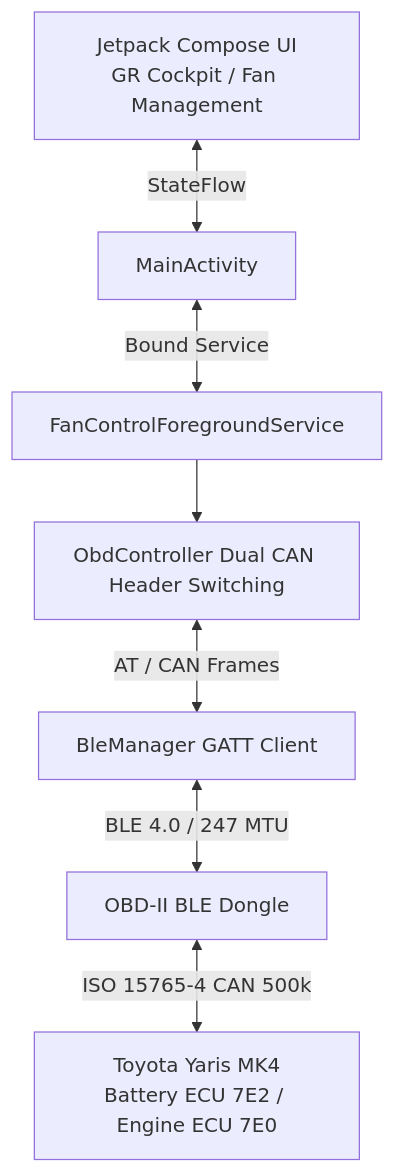
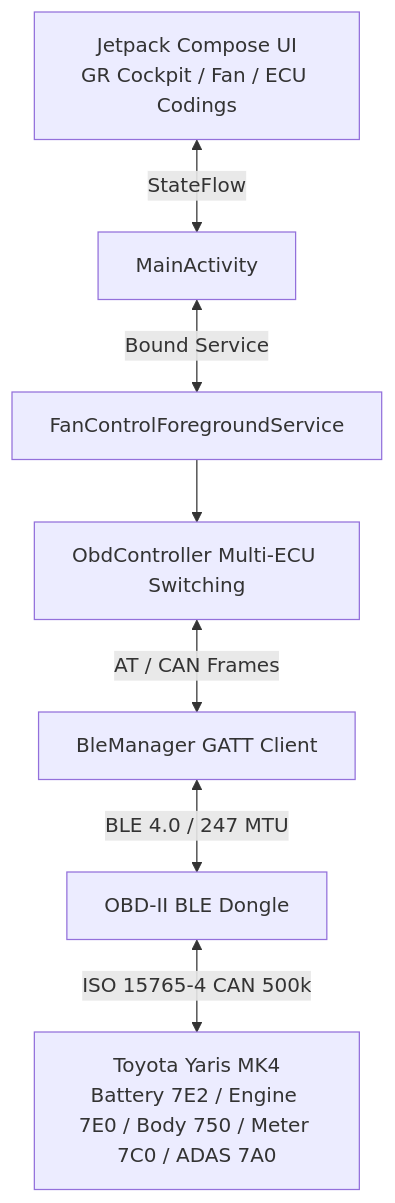
Before and after one commit to FrancescoCastaldi/yaris-hv-fan-optimizer: the diagram in README.md, drawn with Mermaid. The commit also changed other lines of this file, not shown here.

Commit message:
docs: update README.md with v2.3.1 full release notes, 3-tab architecture and ECU coding suite

````diff
--- a/README.md
+++ b/README.md
@@ -57,9 +91,9 @@
 ```mermaid
 graph TD
-    UI[Jetpack Compose UI<br/>GR Cockpit / Fan Management] <-->|StateFlow| Activity[MainActivity]
+    UI[Jetpack Compose UI<br/>GR Cockpit / Fan / ECU Codings] <-->|StateFlow| Activity[MainActivity]
     Activity <-->|Bound Service| Service[FanControlForegroundService]
-    Service --> Controller[ObdController Dual CAN Header Switching]
+    Service --> Controller[ObdController Multi-ECU Switching]
     Controller <-->|AT / CAN Frames| Ble[BleManager GATT Client]
     Ble <-->|BLE 4.0 / 247 MTU| Dongle[OBD-II BLE Dongle]
-    Dongle <-->|ISO 15765-4 CAN 500k| ECU[Toyota Yaris MK4<br/>Battery ECU 7E2 / Engine ECU 7E0]
+    Dongle <-->|ISO 15765-4 CAN 500k| ECU[Toyota Yaris MK4<br/>Battery 7E2 / Engine 7E0 / Body 750 / Meter 7C0 / ADAS 7A0]
 ```
````
